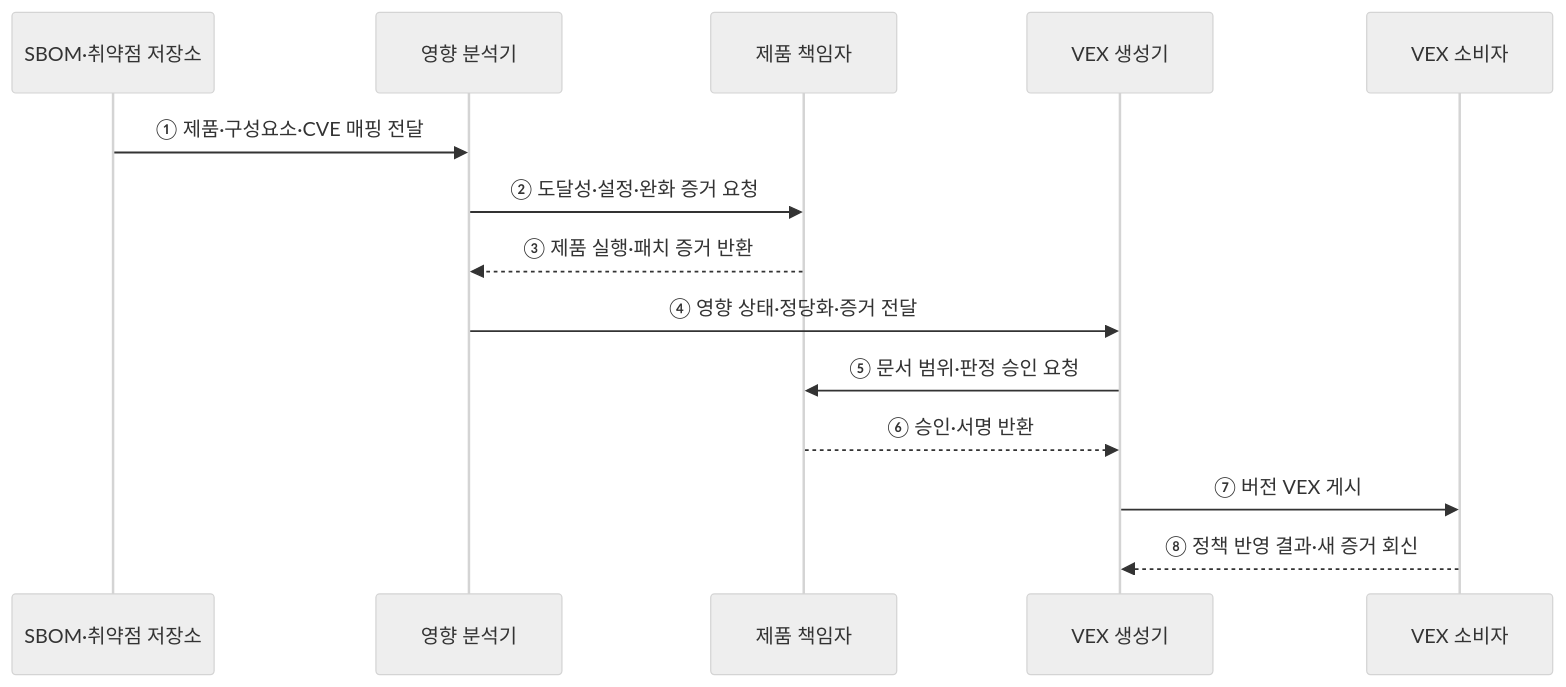
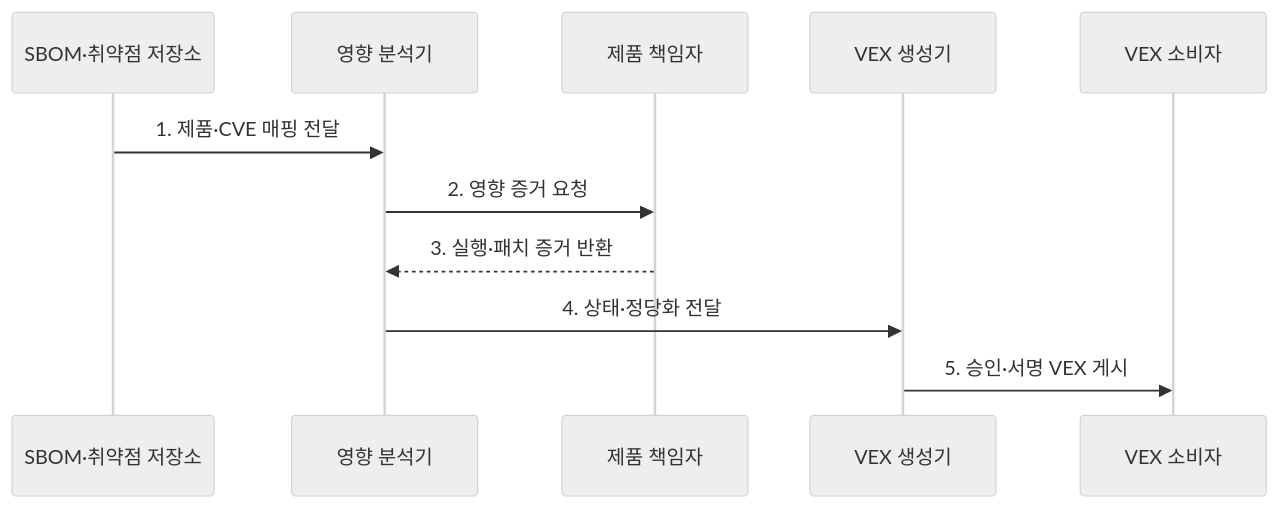
Before and after one commit to agnusdei1207/knowledge-base: the second of 2 diagrams in src/content/docs/notes/03-software/184_vex.md, drawn with Mermaid (neutral theme). The commit also changed other lines of this file and 20 other files, not shown here.

````diff
--- a/src/content/docs/notes/03-software/184_vex.md
+++ b/src/content/docs/notes/03-software/184_vex.md
@@ -73,16 +83,13 @@
 ```mermaid
 sequenceDiagram
     participant S as SBOM·취약점 저장소
     participant A as 영향 분석기
     participant P as 제품 책임자
     participant V as VEX 생성기
     participant C as VEX 소비자
-    S->>A: ① 제품·구성요소·CVE 매핑 전달
-    A->>P: ② 도달성·설정·완화 증거 요청
-    P-->>A: ③ 제품 실행·패치 증거 반환
-    A->>V: ④ 영향 상태·정당화·증거 전달
-    V->>P: ⑤ 문서 범위·판정 승인 요청
-    P-->>V: ⑥ 승인·서명 반환
-    V->>C: ⑦ 버전 VEX 게시
-    C-->>V: ⑧ 정책 반영 결과·새 증거 회신
+    S->>A: 1. 제품·CVE 매핑 전달
+    A->>P: 2. 영향 증거 요청
+    P-->>A: 3. 실행·패치 증거 반환
+    A->>V: 4. 상태·정당화 전달
+    V->>C: 5. 승인·서명 VEX 게시
 ```
````
